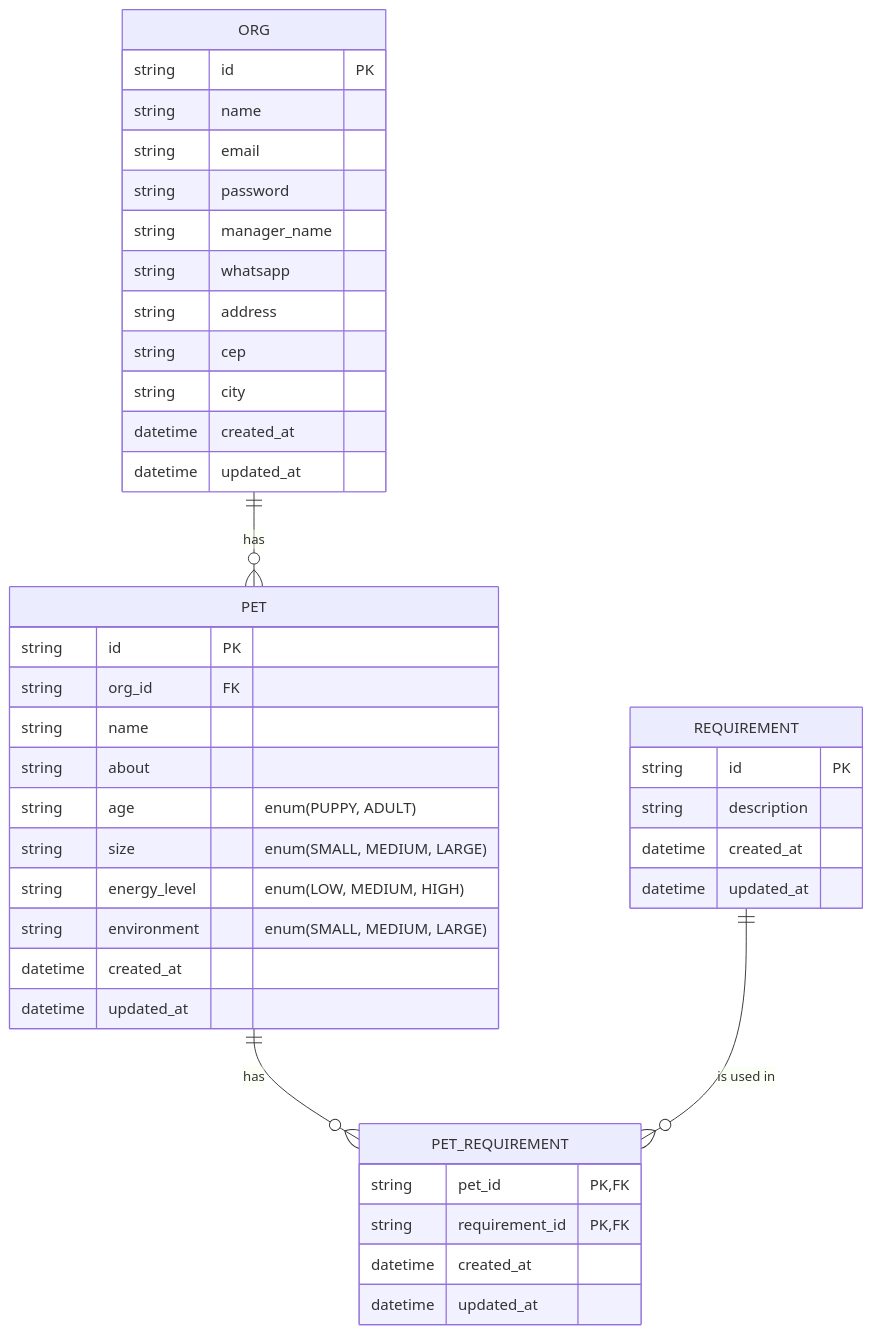
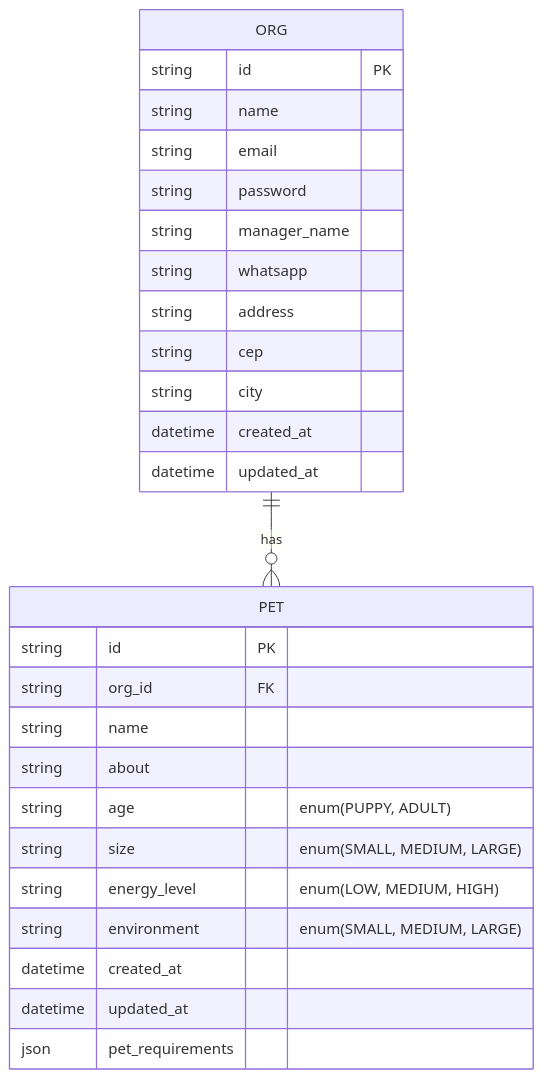
The diagram in README.md (alissonsv/find-a-friend-api), drawn with Mermaid before and after one commit. The commit also changed 2 other files, not shown here.

Commit message:
chore: alter pet requirements to be json on schema

````diff
--- a/README.md
+++ b/README.md
@@ -32,47 +32,32 @@
 ```mermaid
 erDiagram
     ORG {
         string id PK
         string name
         string email
         string password
         string manager_name
         string whatsapp
         string address
         string cep
         string city
         datetime created_at
         datetime updated_at
     }
 
     PET {
         string id PK
         string org_id FK
         string name
         string about
         string age "enum(PUPPY, ADULT)"
         string size "enum(SMALL, MEDIUM, LARGE)"
         string energy_level "enum(LOW, MEDIUM, HIGH)"
         string environment "enum(SMALL, MEDIUM, LARGE)"
         datetime created_at
         datetime updated_at
-    }
-
-    REQUIREMENT {
-        string id PK
-        string description
-        datetime created_at
-        datetime updated_at
-    }
-
-    PET_REQUIREMENT {
-        string pet_id PK,FK
-        string requirement_id PK,FK
-        datetime created_at
-        datetime updated_at
+        json pet_requirements
     }
 
     ORG ||--o{ PET : has
-    PET ||--o{ PET_REQUIREMENT : has
-    REQUIREMENT ||--o{ PET_REQUIREMENT : "is used in"
 ```
````
